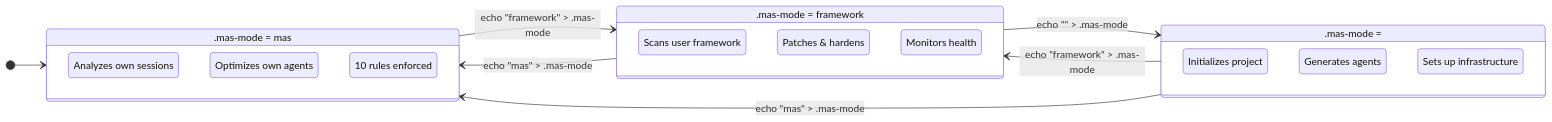
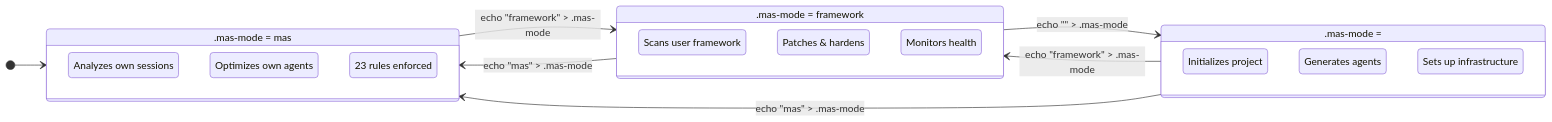
One commit to mczardybon/mas-engineer changed the fourth of 6 diagrams in README.md. Above: the diagram before and after it, drawn with Mermaid. The commit also changed other lines of this file and 40 other files, not shown here.

````diff
--- a/README.md
+++ b/README.md
@@ -298,30 +298,30 @@
 ```mermaid
 stateDiagram-v2
     direction LR
     state ".mas-mode = mas" as MAS
     state ".mas-mode = framework" as FW
     state ".mas-mode = <project>" as GEN
 
     [*] --> MAS
     MAS --> FW: echo "framework" > .mas-mode
     FW --> GEN: echo "<project>" > .mas-mode
     GEN --> FW: echo "framework" > .mas-mode
     FW --> MAS: echo "mas" > .mas-mode
     GEN --> MAS: echo "mas" > .mas-mode
 
     state MAS {
         M1 : Analyzes own sessions
         M2 : Optimizes own agents
-        M3 : 10 rules enforced
+        M3 : 23 rules enforced
     }
     state FW {
         F1 : Scans user framework
         F2 : Patches & hardens
         F3 : Monitors health
     }
     state GEN {
         G1 : Initializes project
         G2 : Generates agents
         G3 : Sets up infrastructure
     }
 ```
````
